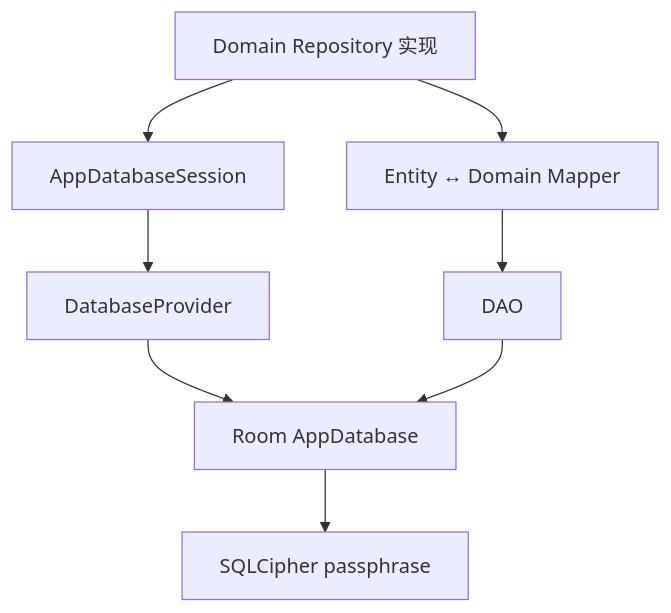
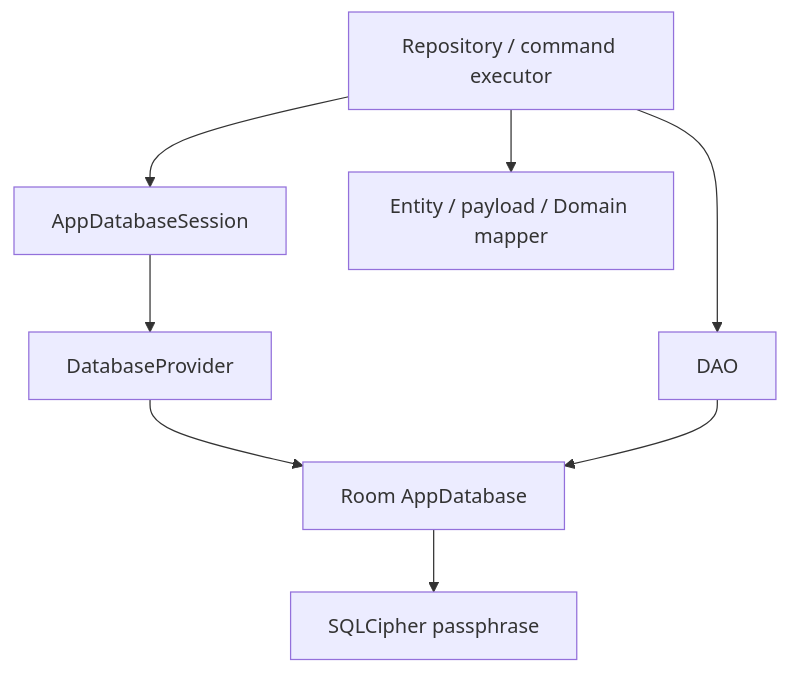
The first of 2 diagrams in docs/data/database.md (aozijx/Passly), drawn with Mermaid before and after one commit. The commit also changed other lines of this file and 62 other files, not shown here.

````diff
--- a/docs/data/database.md
+++ b/docs/data/database.md
@@ -7,10 +10,10 @@
 ```mermaid
 flowchart TB
-    Repo["Domain Repository 实现"] --> Session["AppDatabaseSession"]
+    Repository["Repository / command executor"] --> Session["AppDatabaseSession"]
     Session --> Provider["DatabaseProvider"]
     Provider --> Room["Room AppDatabase"]
     Room --> SQLCipher["SQLCipher passphrase"]
-    Repo --> Mapper["Entity ↔ Domain Mapper"]
-    Mapper --> DAO
+    Repository --> Mapper["Entity / payload / Domain mapper"]
+    Repository --> DAO
     DAO --> Room
 ```
````
